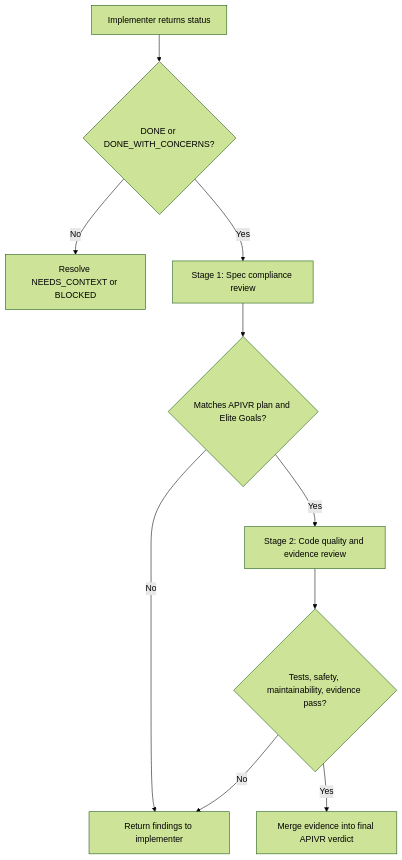
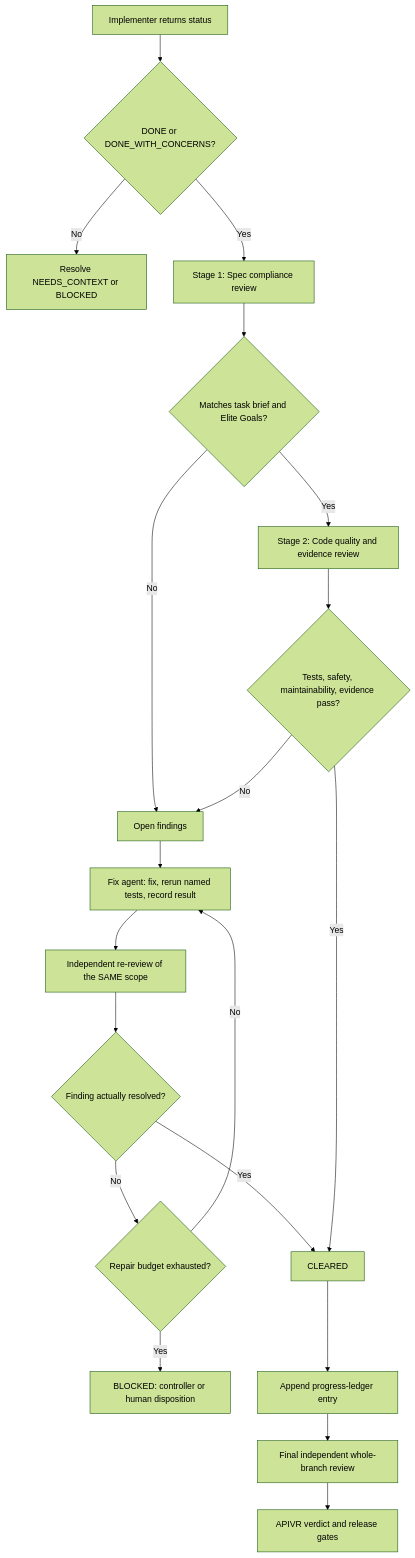
The diagram in skills/subagent-driven-development/SKILL.md (wfprieto/wcbs-build-kit), drawn with Mermaid (forest theme) before and after one commit. The commit also changed other lines of this file and 69 other files, not shown here.

````diff
--- a/skills/subagent-driven-development/SKILL.md
+++ b/skills/subagent-driven-development/SKILL.md
@@ -60,12 +198,22 @@
 ```mermaid
 flowchart TD
   A["Implementer returns status"] --> B{"DONE or DONE_WITH_CONCERNS?"}
   B -- "No" --> C["Resolve NEEDS_CONTEXT or BLOCKED"]
   B -- "Yes" --> D["Stage 1: Spec compliance review"]
-  D --> E{"Matches APIVR plan and Elite Goals?"}
-  E -- "No" --> F["Return findings to implementer"]
+  D --> E{"Matches task brief and Elite Goals?"}
+  E -- "No" --> F["Open findings"]
   E -- "Yes" --> G["Stage 2: Code quality and evidence review"]
   G --> H{"Tests, safety, maintainability, evidence pass?"}
   H -- "No" --> F
-  H -- "Yes" --> I["Merge evidence into final APIVR verdict"]
+  F --> I["Fix agent: fix, rerun named tests, record result"]
+  I --> J["Independent re-review of the SAME scope"]
+  J --> K{"Finding actually resolved?"}
+  K -- "No" --> L{"Repair budget exhausted?"}
+  L -- "No" --> I
+  L -- "Yes" --> M["BLOCKED: controller or human disposition"]
+  K -- "Yes" --> N["CLEARED"]
+  H -- "Yes" --> N
+  N --> O["Append progress-ledger entry"]
+  O --> P["Final independent whole-branch review"]
+  P --> Q["APIVR verdict and release gates"]
 ```
````
